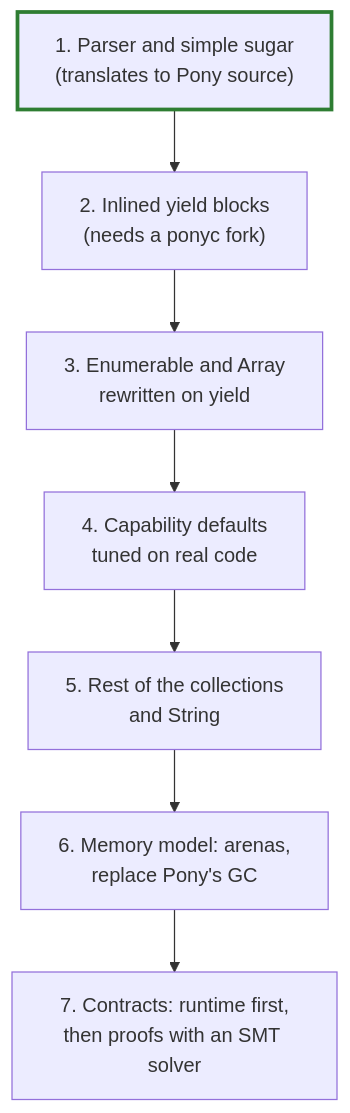
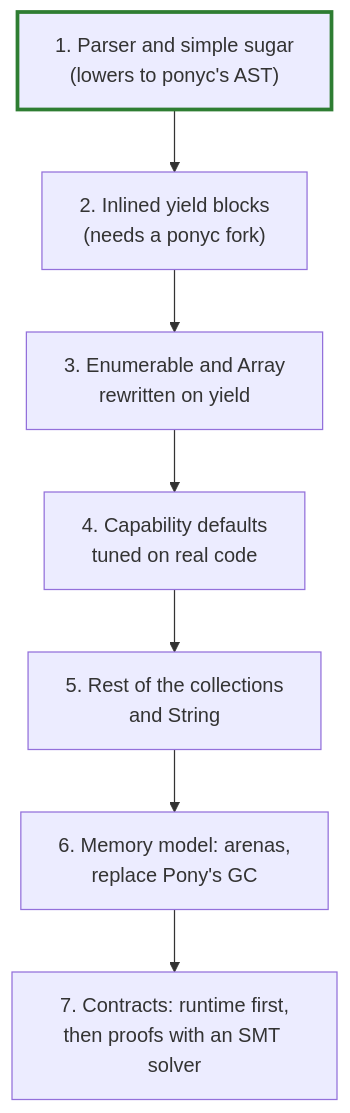
The fourth of 5 diagrams in DESIGN.md (nogginly/sparkle), drawn with Mermaid before and after one commit. The commit also changed other lines of this file and 7 other files, not shown here.

First line of the commit message:
Describe the translator as one that builds ponyc's AST

````diff
--- a/DESIGN.md
+++ b/DESIGN.md
@@ -149,10 +144,10 @@
 ```mermaid
 flowchart TD
-    S1["1. Parser and simple sugar<br/>(translates to Pony source)"] --> S2["2. Inlined yield blocks<br/>(needs a ponyc fork)"]
+    S1["1. Parser and simple sugar<br/>(lowers to ponyc's AST)"] --> S2["2. Inlined yield blocks<br/>(needs a ponyc fork)"]
     S2 --> S3["3. Enumerable and Array<br/>rewritten on yield"]
     S3 --> S4["4. Capability defaults<br/>tuned on real code"]
     S4 --> S5["5. Rest of the collections<br/>and String"]
     S5 --> S6["6. Memory model: arenas,<br/>replace Pony's GC"]
     S6 --> S7["7. Contracts: runtime first,<br/>then proofs with an SMT solver"]
     style S1 stroke:#2e7d32,stroke-width:3px
 ```
````
